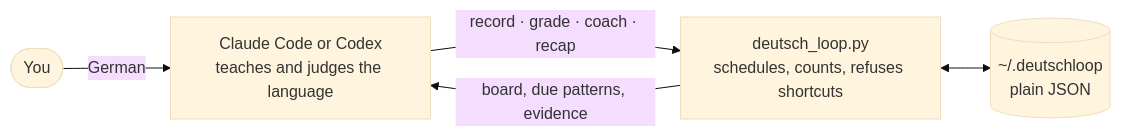
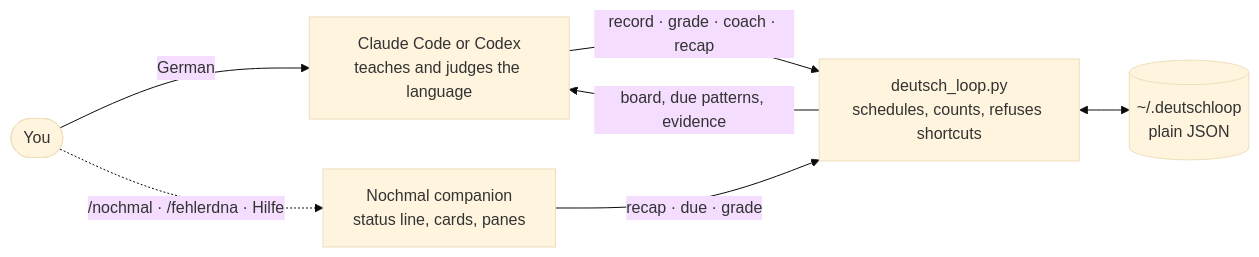
The diagram in README.md (ahmtsahin/deutsch-loop), drawn with Mermaid (base theme) before and after one commit. The commit also changed other lines of this file and 14 other files, not shown here.

First line of the commit message:
Add the Nochmal companion plugin and lead the README with it

````diff
--- a/README.md
+++ b/README.md
@@ -200,7 +324,9 @@
 ```mermaid
 flowchart LR
     you(["You"]) -- "German" --> agent["Claude Code or Codex<br/>teaches and judges the language"]
     agent -- "record · grade · coach · recap" --> engine["deutsch_loop.py<br/>schedules, counts, refuses shortcuts"]
     engine -- "board, due patterns, evidence" --> agent
     engine <--> state[("~/.deutschloop<br/>plain JSON")]
+    you -. "/nochmal · /fehlerdna · Hilfe" .-> companion["Nochmal companion<br/>status line, cards, panes"]
+    companion -- "recap · due · grade" --> engine
 ```
````
